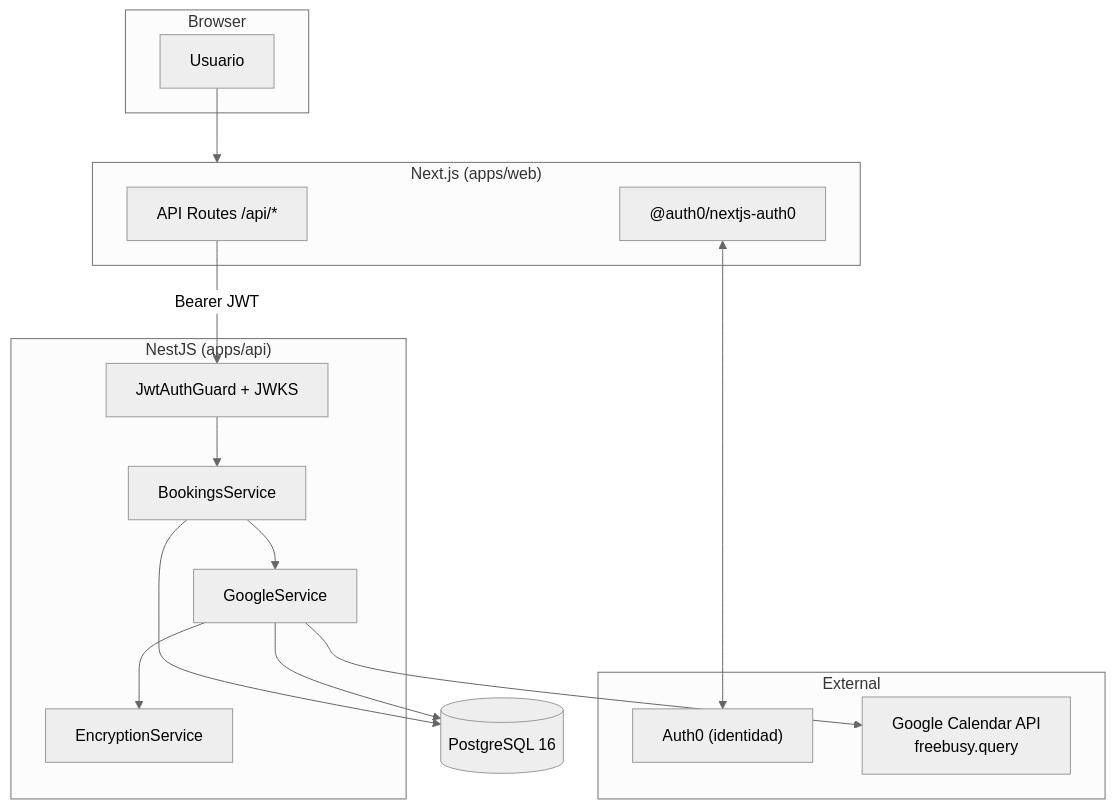
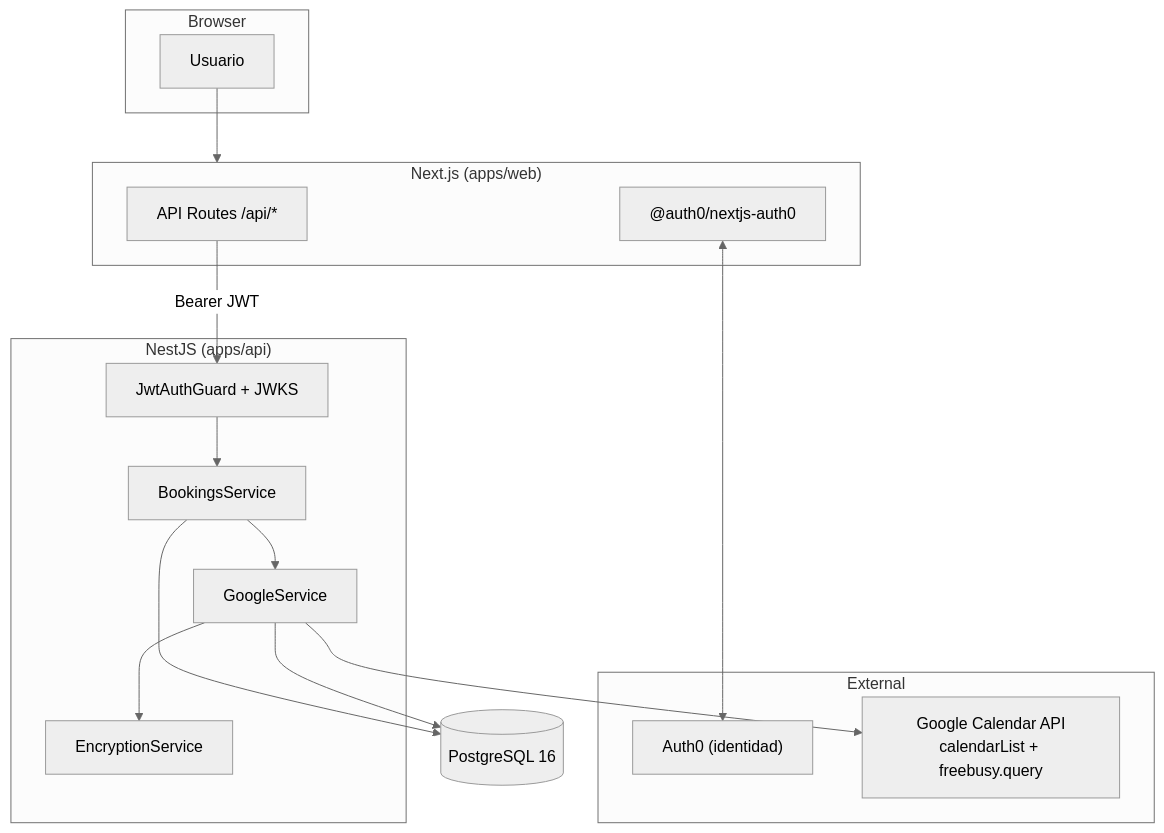
Before and after one commit to juanppiquerez/google-calendar-events: the diagram in README.md, drawn with Mermaid (neutral theme). The commit also changed other lines of this file and 19 other files, not shown here.

````diff
--- a/README.md
+++ b/README.md
@@ -136,35 +136,35 @@
 ```mermaid
 flowchart TB
   subgraph Browser
     U[Usuario]
   end
 
   subgraph Web["Next.js (apps/web)"]
     BFF["API Routes /api/*"]
     Auth0SDK["@auth0/nextjs-auth0"]
   end
 
   subgraph API["NestJS (apps/api)"]
     JWT["JwtAuthGuard + JWKS"]
     BS[BookingsService]
     GS[GoogleService]
     ENC[EncryptionService]
   end
 
   subgraph External
     Auth0["Auth0 (identidad)"]
-    GCal["Google Calendar API<br/>freebusy.query"]
+    GCal["Google Calendar API<br/>calendarList + freebusy.query"]
   end
 
   DB[(PostgreSQL 16)]
 
   U --> Web
   Auth0SDK <--> Auth0
   BFF -->|"Bearer JWT"| JWT
   JWT --> BS
   BS --> DB
   BS --> GS
   GS --> ENC
   GS --> GCal
   GS --> DB
 ```
````
